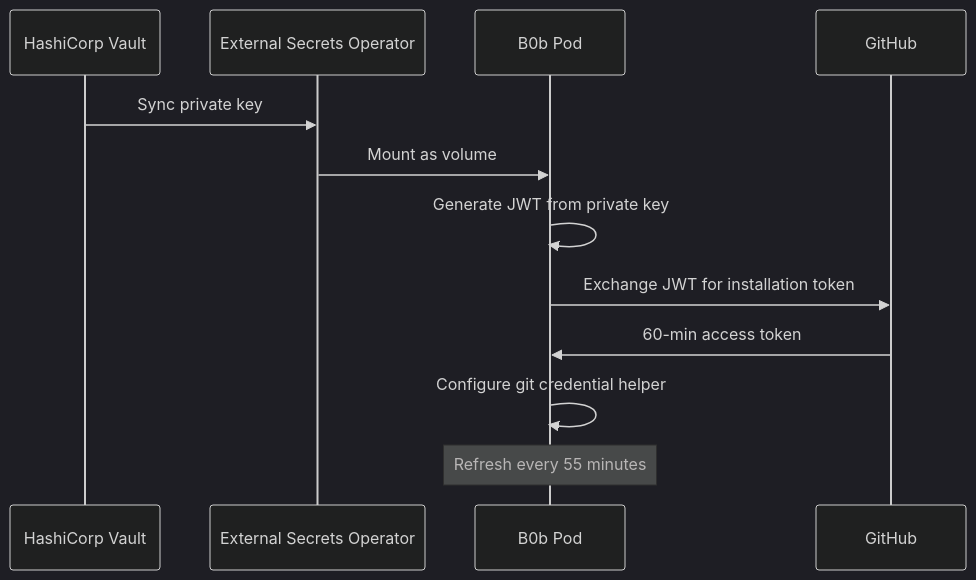
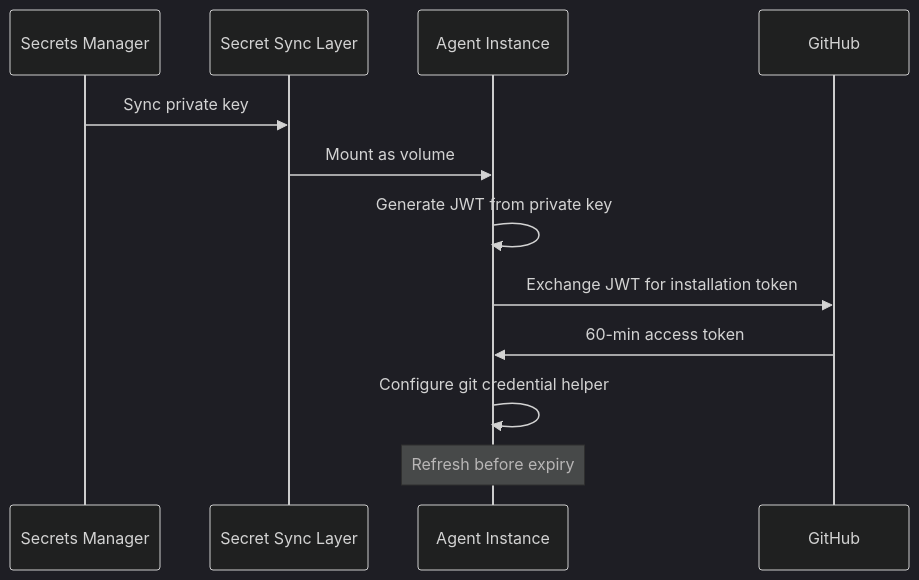
The third of 3 diagrams in src/content/build-logs/b0b-methodology.mdx (CyberdaemonAI/cyberdaemon-site), drawn with Mermaid (dark theme) before and after one commit. The commit also changed other lines of this file and 3 other files, not shown here.

````diff
--- a/src/content/build-logs/b0b-methodology.mdx
+++ b/src/content/build-logs/b0b-methodology.mdx
@@ -266,15 +263,15 @@
 ```mermaid
 sequenceDiagram
-    participant Vault as HashiCorp Vault
-    participant ESO as External Secrets Operator
-    participant Pod as B0b Pod
+    participant Secrets as Secrets Manager
+    participant Sync as Secret Sync Layer
+    participant Instance as Agent Instance
     participant GitHub
 
-    Vault->>ESO: Sync private key
-    ESO->>Pod: Mount as volume
-    Pod->>Pod: Generate JWT from private key
-    Pod->>GitHub: Exchange JWT for installation token
-    GitHub->>Pod: 60-min access token
-    Pod->>Pod: Configure git credential helper
-    Note over Pod: Refresh every 55 minutes
+    Secrets->>Sync: Sync private key
+    Sync->>Instance: Mount as volume
+    Instance->>Instance: Generate JWT from private key
+    Instance->>GitHub: Exchange JWT for installation token
+    GitHub->>Instance: 60-min access token
+    Instance->>Instance: Configure git credential helper
+    Note over Instance: Refresh before expiry
 ```
````
